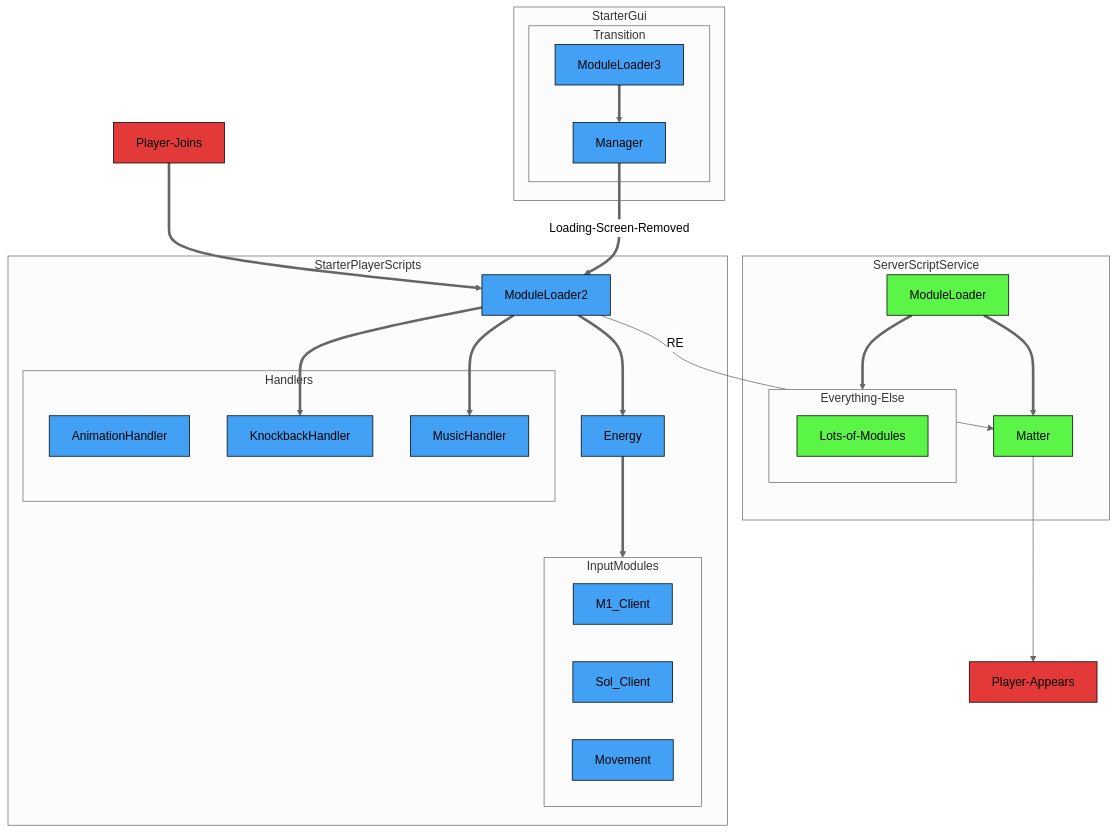
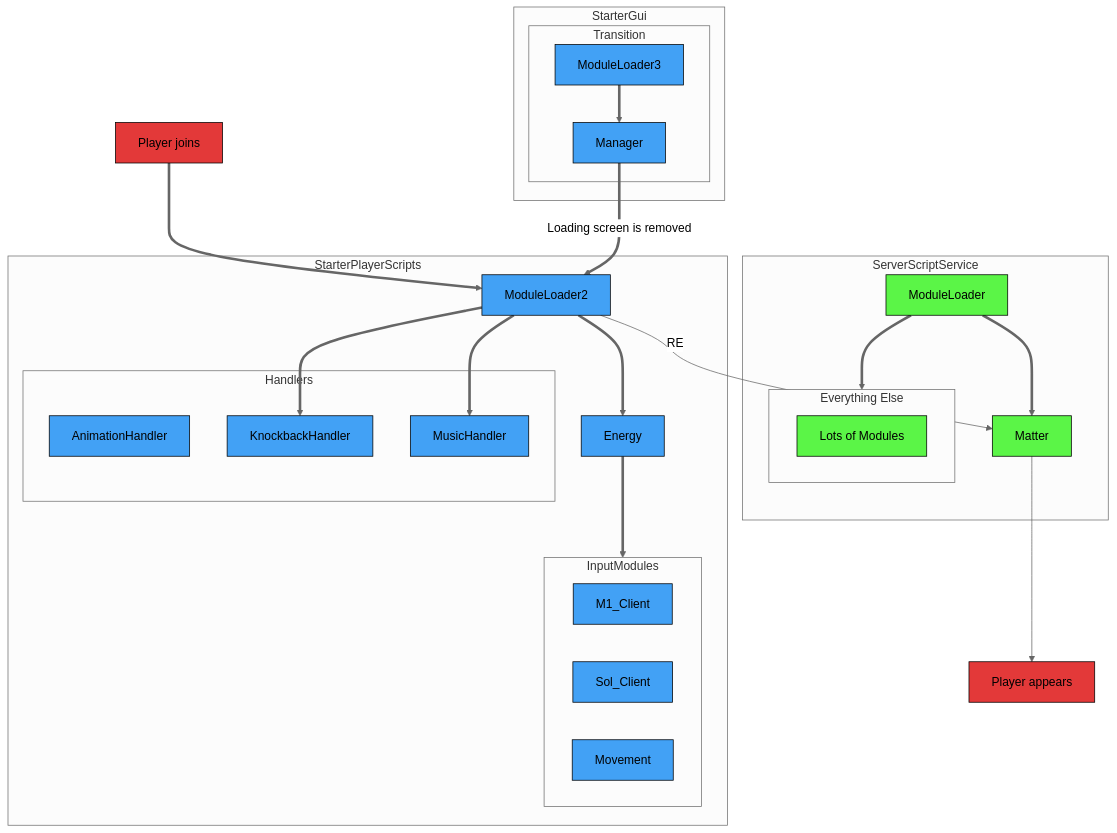
Before and after one commit to altair5607249/Crusaders-Game: the first of 7 diagrams in docs/diagrams.md, drawn with Mermaid (neutral theme). The commit also changed other lines of this file, not shown here.

First line of the commit message:
Update diagrams.md

````diff
--- a/docs/diagrams.md
+++ b/docs/diagrams.md
@@ -18,57 +24,57 @@
 ```mermaid
 flowchart TB;
 
   classDef eventNode fill:#e33939,stroke:#000000,color:#000000
   classDef serverNode fill:#5bf547,stroke:#000000,color:#000000
   classDef clientNode fill:#42a1f5,stroke:#000000,color:#000000
   classDef universalNode fill:#b549eb,stroke:#000000,color:#000000
 
   subgraph StarterPlayerScripts
     ModuleLoader2;
     Energy;
 
     subgraph Handlers
       AnimationHandler;
       KnockbackHandler;
       MusicHandler;
     end
 
     subgraph InputModules
       M1_Client;
       Sol_Client;
       Movement;
     end
   end
 
   subgraph StarterGui
     subgraph Transition
       ModuleLoader3==>A["Manager"]
     end
   end
 
   subgraph ServerScriptService
     ModuleLoader;
     Matter;
 
-    subgraph Everything-Else
-      Lots-of-Modules;
+    subgraph a["Everything Else"]
+      b["Lots of Modules"];
     end
   end
 
-  Player-Joins==>ModuleLoader2
+  c["Player joins"]==>ModuleLoader2
 
-  A==>|Loading-Screen-Removed| ModuleLoader2
+  A==>|Loading screen is removed| ModuleLoader2
 
-  ModuleLoader2-->|RE| Matter-->Player-Appears;
+  ModuleLoader2-->|RE| Matter-->d["Player appears"];
   ModuleLoader2==>Energy==>InputModules;
   ModuleLoader2==>KnockbackHandler;
   ModuleLoader2==>MusicHandler;
 
   ModuleLoader==>Matter;
-  ModuleLoader==>Everything-Else;
+  ModuleLoader==>a;
 
-  class Player-Joins,Player-Appears,Loading-Screen eventNode;
-  class ModuleLoader,Matter,Lots-of-Modules,CooldownManager,DamageManager,DataManager,KnockbackManager,MapManager,MovementManager,StunManager,M1_Server,Bare_Server,Weapon_Server serverNode;
+  class c,d eventNode;
+  class ModuleLoader,Matter,b,CooldownManager,DamageManager,DataManager,KnockbackManager,MapManager,MovementManager,StunManager,M1_Server,Bare_Server,Weapon_Server serverNode;
   class ModuleLoader2,Energy,AnimationHandler,KnockbackHandler,MusicHandler,M1_Client,Sol_Client,Movement,ModuleLoader3,ModuleLoader4,A,B,C clientNode;
   class Space,Time universalNode;
 ```
````
